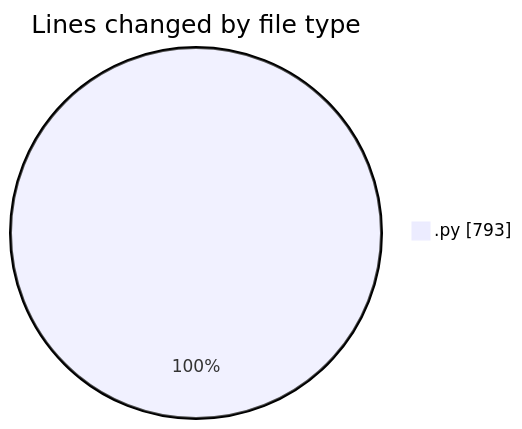
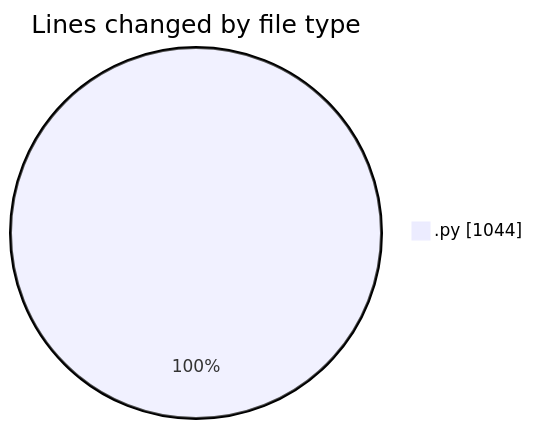
The first of 2 diagrams in 2025-07-21/reg/README.md (lephambinh05/code-tracking), drawn with Mermaid before and after one commit. The commit also changed other lines of this file and 1 other file, not shown here.

````diff
--- a/2025-07-21/reg/README.md
+++ b/2025-07-21/reg/README.md
@@ -23,5 +24,5 @@
 ```mermaid
 pie showData
 title Lines changed by file type
-".py" : 793
+".py" : 1044
 ```
````
